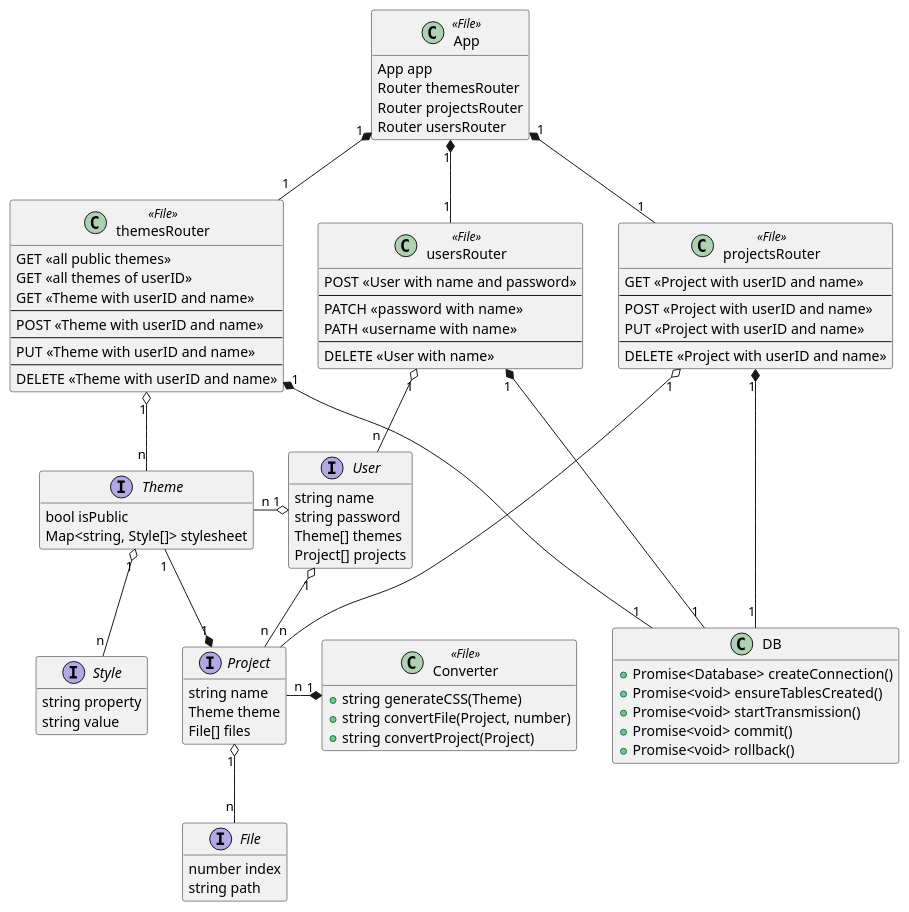
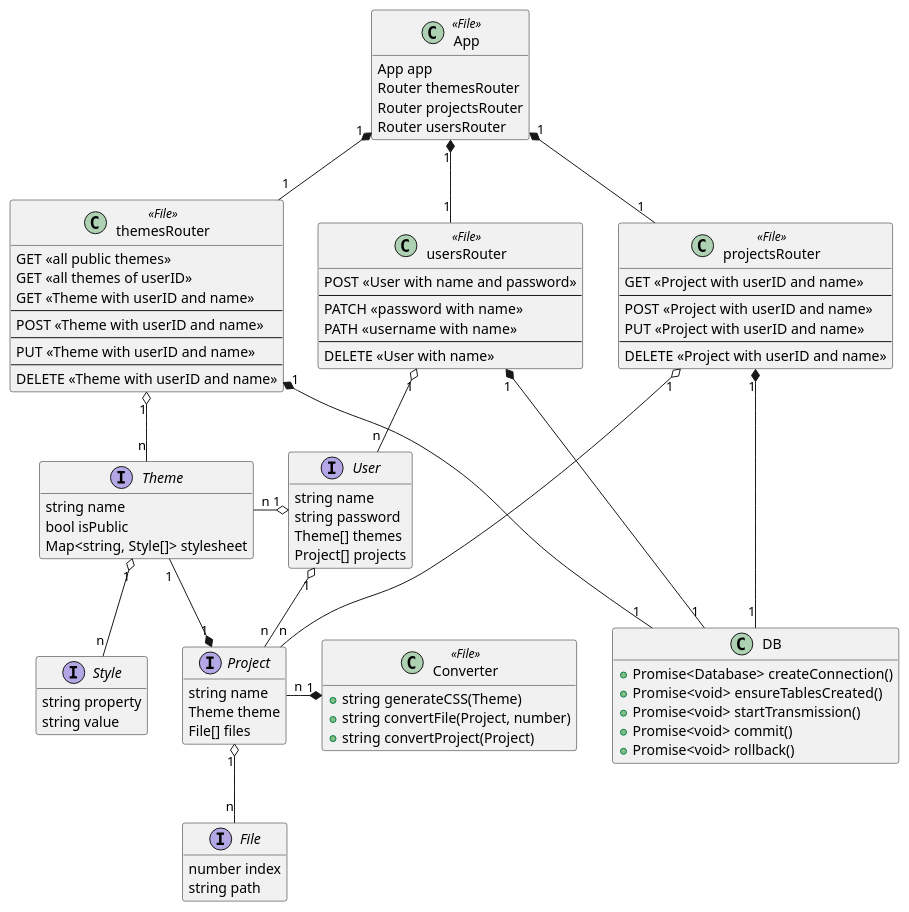
One commit to 2324-3bhif-teaching/StaticSiteGenerator changed the diagram in docs/classDiagram.puml. Above: the diagram before and after it, drawn with PlantUML. The commit also changed 1 other file, not shown here.

```diff
--- a/docs/classDiagram.puml
+++ b/docs/classDiagram.puml
@@ -1,111 +1,112 @@
-@startuml
+@startuml a
 hide empty fields
 hide empty methods
 
 class App <<File>>
 {
   App app
   Router themesRouter
   Router projectsRouter
   Router usersRouter
 }
 
 class themesRouter <<File>>
 {
   GET <<all public themes>>
   GET <<all themes of userID>>
   GET <<Theme with userID and name>>
   --
   POST <<Theme with userID and name>>
   --
   PUT <<Theme with userID and name>>
   --
   DELETE <<Theme with userID and name>>
 }
 
 class projectsRouter <<File>>
 {
   GET <<Project with userID and name>>
   --
   POST <<Project with userID and name>>
   PUT <<Project with userID and name>>
   --
   DELETE <<Project with userID and name>>
 }
 
 class usersRouter <<File>>
 {
   POST <<User with name and password>>
   --
   PATCH <<password with name>>
   PATH <<username with name>>
   --
   DELETE <<User with name>>
 }
 
 class DB
 {
   +Promise<Database> createConnection()
   +Promise<void> ensureTablesCreated()
   +Promise<void> startTransmission()
   +Promise<void> commit()
   +Promise<void> rollback()
 }
 
 interface Project
 {
   string name
   Theme theme
   File[] files
 }
 
 interface File
 {
   number index
   string path
 }
 
 interface User
 {
   string name
   string password
   Theme[] themes
   Project[] projects
 }
 
 interface Style
 {
   string property
   string value
 }
 
 interface Theme
 {
+  string name
   bool isPublic
   Map<string, Style[]> stylesheet
 }
 
 class Converter <<File>>
 {
   +string generateCSS(Theme)
   +string convertFile(Project, number)
   +string convertProject(Project)
 }
 
 User "1" o-- "n" Project
 User "1" o-l- "n" Theme
 Project "1" *-l- "1" Theme
 Converter "1" *-l- "n" Project
 Theme "1" o-- "n" Style
 Project "1" o-- "n" File
 App "1" *-- "1" themesRouter
 App "1" *-- "1" projectsRouter
 App "1" *-- "1" usersRouter
 themesRouter "1" o-- "n" Theme
 projectsRouter "1" o-- "n" Project
 usersRouter "1" o-- "n" User
 themesRouter "1" *--- "1" DB
 projectsRouter "1" *--- "1" DB
 usersRouter "1" *--- "1" DB
 
 @enduml
```
